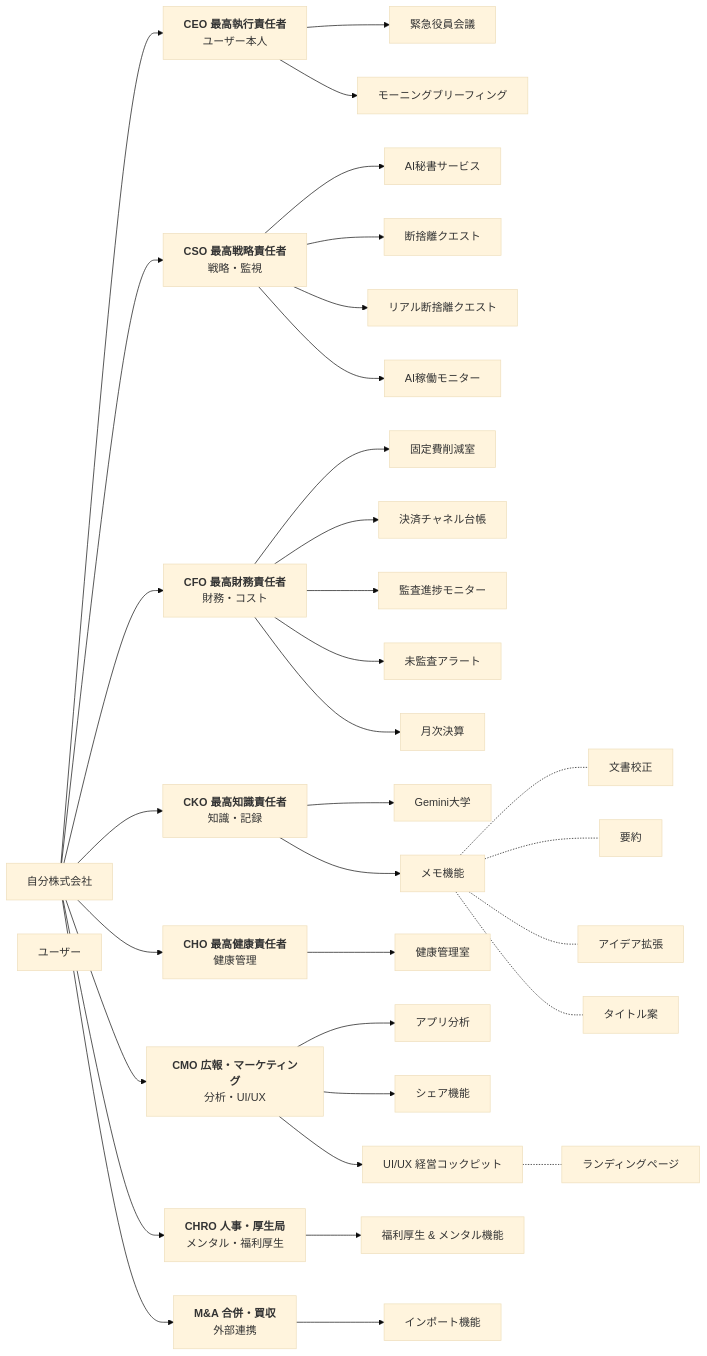
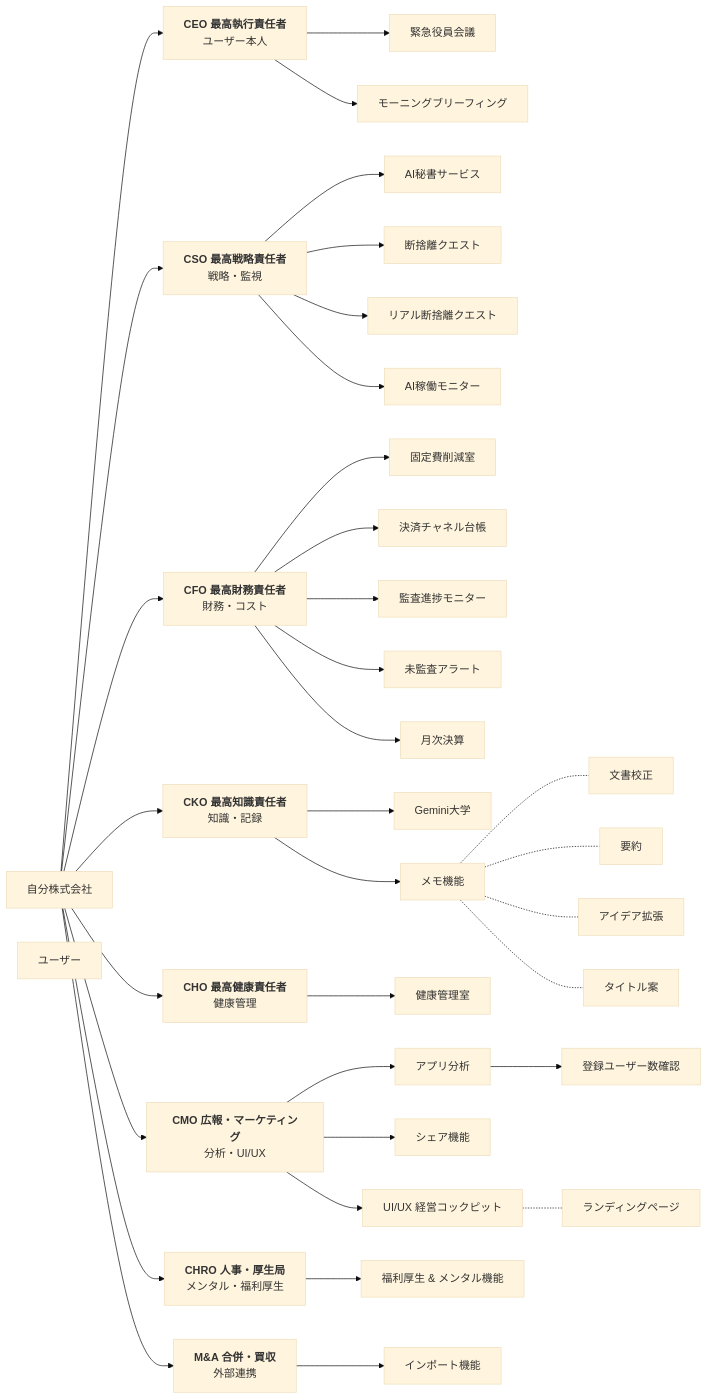
The first of 7 diagrams in DETAILED_DESIGN.md (kanta13jp1/my_web_app), drawn with Mermaid (base theme) before and after one commit. The commit also changed other lines of this file and 5 other files, not shown here.

````diff
--- a/DETAILED_DESIGN.md
+++ b/DETAILED_DESIGN.md
@@ -21,64 +21,65 @@
 ```mermaid
 graph LR
     Root[自分株式会社]
 
     %% --- 役員定義 ---
     CEO[<b>CEO 最高執行責任者</b><br/>ユーザー本人]
     CSO[<b>CSO 最高戦略責任者</b><br/>戦略・監視]
     CFO[<b>CFO 最高財務責任者</b><br/>財務・コスト]
     CKO[<b>CKO 最高知識責任者</b><br/>知識・記録]
     CHO[<b>CHO 最高健康責任者</b><br/>健康管理]
     CMO[<b>CMO 広報・マーケティング</b><br/>分析・UI/UX]
     CHRO[<b>CHRO 人事・厚生局</b><br/>メンタル・福利厚生]
     MA[<b>M&A 合併・買収</b><br/>外部連携]
 
     Root --> CEO
     Root --> CSO
     Root --> CFO
     Root --> CKO
     Root --> CHO
     Root --> CMO
     Root --> CHRO
     Root --> MA
 
     %% --- CEOの機能 ---
     User[ユーザー]
     CEO --> CEO_1[緊急役員会議]
     CEO --> CEO_2[モーニングブリーフィング]
 
     %% --- CSOの機能 ---
     CSO --> CSO_1[AI秘書サービス]
     CSO --> CSO_2[断捨離クエスト]
     CSO --> CSO_3[リアル断捨離クエスト]
     CSO --> CSO_4[AI稼働モニター]
 
     %% --- CFOの機能 ---
     CFO --> CFO_1[固定費削減室]
     CFO --> CFO_2[決済チャネル台帳]
     CFO --> CFO_3[監査進捗モニター]
     CFO --> CFO_4[未監査アラート]
     CFO --> CFO_5[月次決算]
 
     %% --- CKOの機能 ---
     CKO --> CKO_1[Gemini大学]
     CKO --> CKO_2[メモ機能]
     CKO_2 -.- CKO_2a[文書校正]
     CKO_2 -.- CKO_2b[要約]
     CKO_2 -.- CKO_2c[アイデア拡張]
     CKO_2 -.- CKO_2d[タイトル案]
 
     %% --- CHOの機能 ---
     CHO --> CHO_1[健康管理室]
 
     %% --- CMOの機能 ---
     CMO --> CMO_1[アプリ分析]
+    CMO_1 --> CMO_1a[登録ユーザー数確認]
     CMO --> CMO_2[シェア機能]
     CMO --> CMO_3[UI/UX 経営コックピット]
     CMO_3 -.- CMO_3a[ランディングページ]
 
     %% --- CHROの機能 ---
     CHRO --> CHRO_1[福利厚生 & メンタル機能]
 
     %% --- M&Aの機能 ---
     MA --> MA_1[インポート機能]
 ```
````
